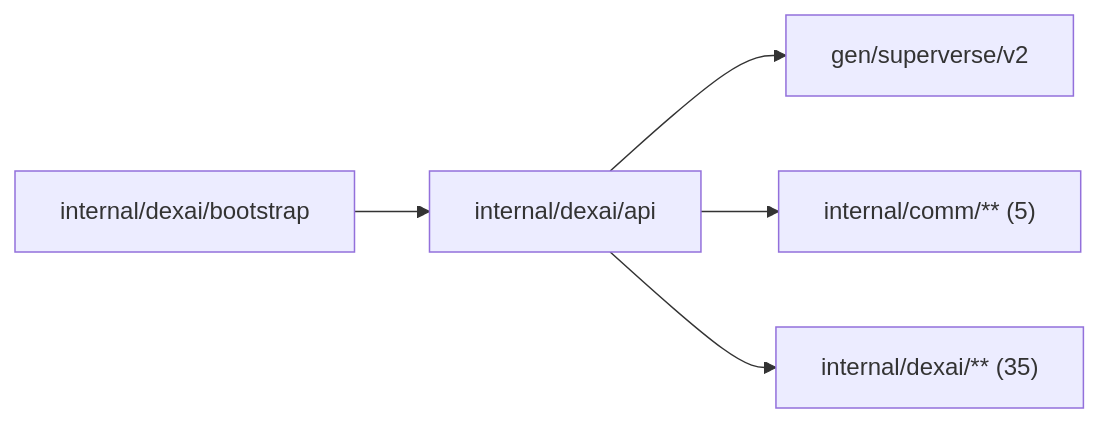
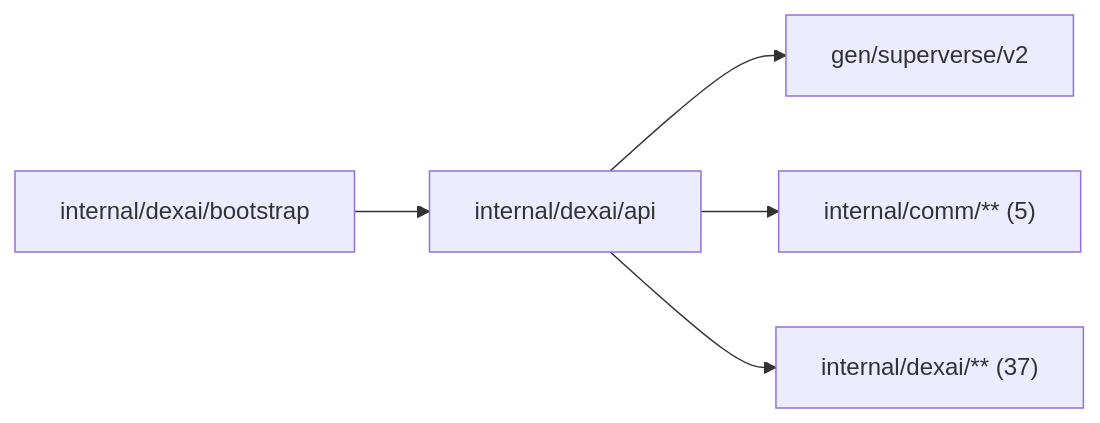
One commit to superdurable/superverse changed the diagram in internal/dexai/api/README.md. Above: the diagram before and after it, drawn with Mermaid. The commit also changed other lines of this file and 259 other files, not shown here.

````diff
--- a/internal/dexai/api/README.md
+++ b/internal/dexai/api/README.md
@@ -10,8 +10,8 @@
 ```mermaid
 flowchart LR
   self["internal/dexai/api"]
   c0["internal/dexai/bootstrap"] --> self
   self --> d0["gen/superverse/v2"]
   self --> d1["internal/comm/** (5)"]
-  self --> d2["internal/dexai/** (35)"]
+  self --> d2["internal/dexai/** (37)"]
 ```
````
